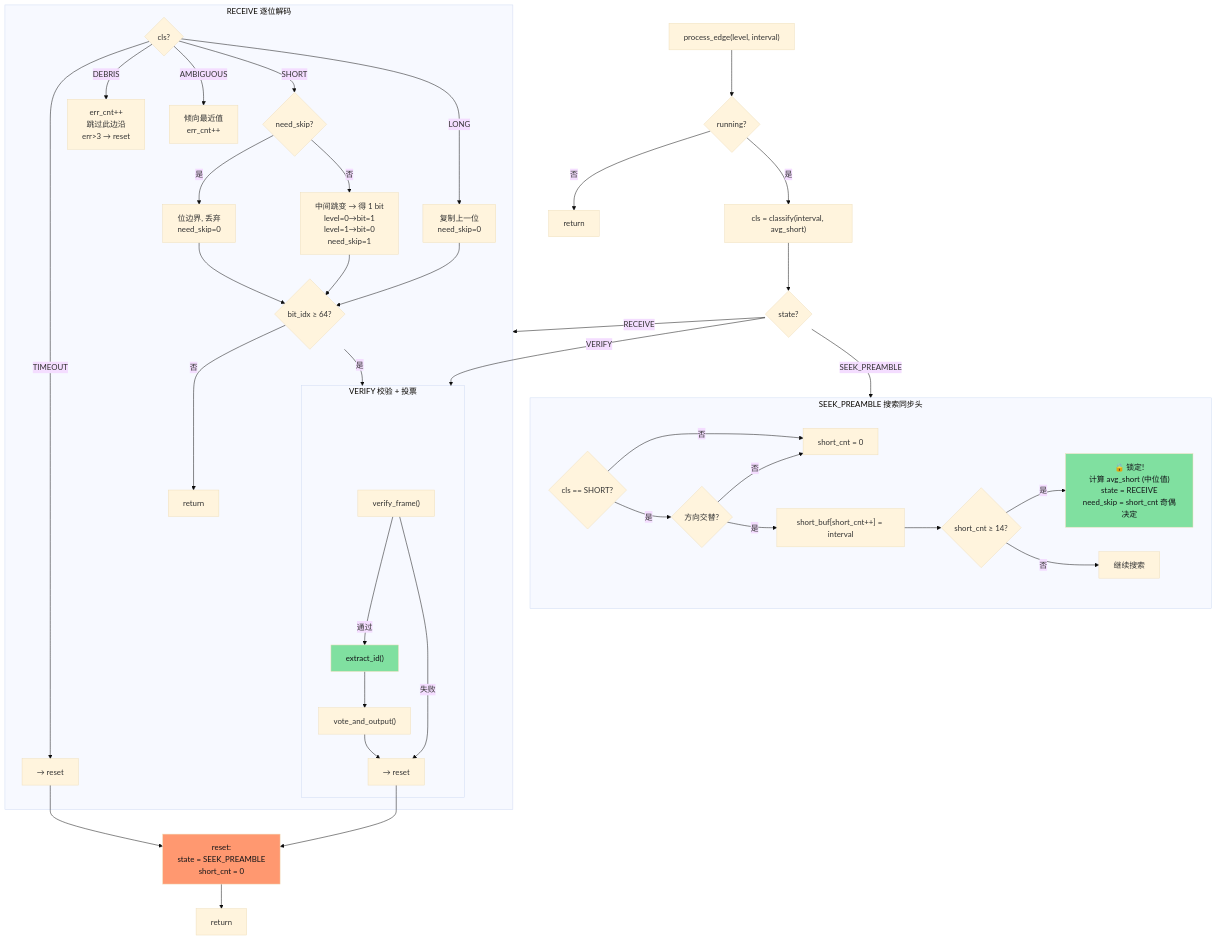
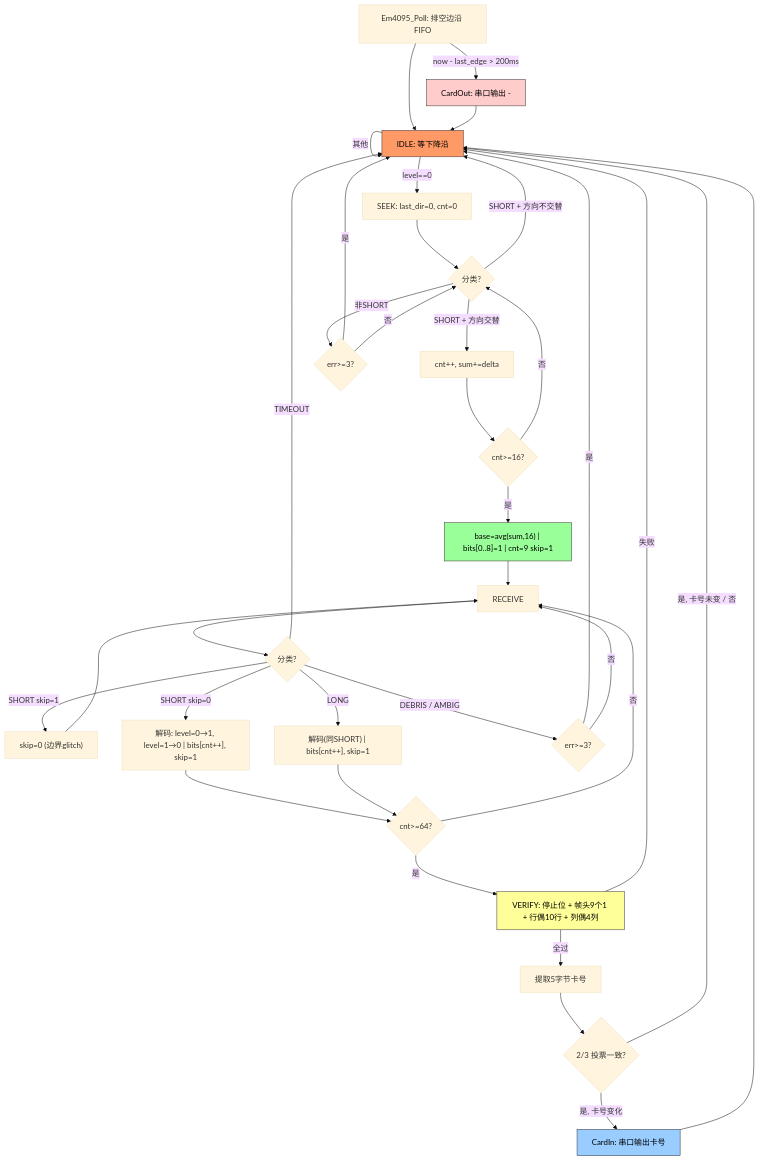
One commit to Siaiai/ObsidianNote changed the sixth of 7 diagrams in 输出/SR3读卡器/EM4095详解.md. Above: the diagram before and after it, drawn with Mermaid (base theme). The commit also changed other lines of this file and 1 other file, not shown here.

````diff
--- a/输出/SR3读卡器/EM4095详解.md
+++ b/输出/SR3读卡器/EM4095详解.md
@@ -864,125 +171,59 @@
 ```mermaid
+flowchart TD
+    POLL[Em4095_Poll: 排空边沿 FIFO]
 
-flowchart TD
+    POLL --> IDLE
 
-    ENTRY["process_edge(level, interval)"] --> RUN{"running?"}
+    IDLE["IDLE: 等下降沿"]
+    IDLE -->|"level==0"| SEEK["SEEK: last_dir=0, cnt=0"]
+    IDLE -->|"其他"| IDLE
 
-    RUN -->|否| EXIT["return"]
+    SEEK --> S_EDGE{"分类?"}
+    S_EDGE -->|"SHORT + 方向交替"| S_CNT["cnt++, sum+=delta"]
+    S_EDGE -->|"SHORT + 方向不交替"| IDLE
+    S_EDGE -->|"非SHORT"| S_ERR{"err>=3?"}
+    S_ERR -->|"是"| IDLE
+    S_ERR -->|"否"| S_EDGE
 
-    RUN -->|是| CLS["cls = classify(interval, avg_short)"]
+    S_CNT --> S_CHK{"cnt>=16?"}
+    S_CHK -->|"否"| S_EDGE
+    S_CHK -->|"是"| S_LOCK["base=avg(sum,16) | bits[0..8]=1 | cnt=9 skip=1"]
 
-  
+    S_LOCK --> RECV
 
-    CLS --> SW{"state?"}
+    RECV["RECEIVE"] --> R_EDGE{"分类?"}
 
-  
+    R_EDGE -->|"SHORT skip=1"| R_SKIP["skip=0 (边界glitch)"]
+    R_SKIP --> RECV
 
-    SW -->|"SEEK_PREAMBLE"| SP
+    R_EDGE -->|"SHORT skip=0"| R_BIT["解码: level=0→1, level=1→0 | bits[cnt++], skip=1"]
+    R_EDGE -->|"LONG"| R_LONG["解码(同SHORT) | bits[cnt++], skip=1"]
+    R_EDGE -->|"TIMEOUT"| IDLE
+    R_EDGE -->|"DEBRIS / AMBIG"| R_ERR{"err>=3?"}
+    R_ERR -->|"是"| IDLE
+    R_ERR -->|"否"| RECV
 
-  
+    R_BIT --> R_CHK{"cnt>=64?"}
+    R_LONG --> R_CHK
+    R_CHK -->|"否"| RECV
+    R_CHK -->|"是"| VERIFY
 
-    subgraph SP["SEEK_PREAMBLE 搜索同步头"]
+    VERIFY["VERIFY: 停止位 + 帧头9个1 + 行偶10行 + 列偶4列"]
+    VERIFY -->|"全过"| EXTRACT["提取5字节卡号"]
+    VERIFY -->|"失败"| IDLE
 
-        S1{"cls == SHORT?"}
+    EXTRACT --> VOTE{"2/3 投票一致?"}
+    VOTE -->|"是, 卡号变化"| CARD_IN["CardIn: 串口输出卡号"]
+    VOTE -->|"是, 卡号未变 / 否"| IDLE
 
-        S1 -->|否| S2["short_cnt = 0"]
+    POLL -->|"now - last_edge > 200ms"| CARD_OUT["CardOut: 串口输出 -"]
 
-        S1 -->|是| S3{"方向交替?"}
+    CARD_IN --> IDLE
+    CARD_OUT --> IDLE
 
-        S3 -->|否| S2
-
-        S3 -->|是| S4["short_buf[short_cnt++] = interval"]
-
-        S4 --> S5{"short_cnt ≥ 14?"}
-
-        S5 -->|是| S6["🔒 锁定!\n计算 avg_short (中位值)\nstate = RECEIVE\nneed_skip = short_cnt 奇偶决定"]
-
-        S5 -->|否| S7["继续搜索"]
-
-    end
-
-  
-
-    SW -->|"RECEIVE"| RC
-
-  
-
-    subgraph RC["RECEIVE 逐位解码"]
-
-        R0{"cls?"}
-
-        R0 -->|"TIMEOUT"| R_RESET["→ reset"]
-
-        R0 -->|"DEBRIS"| R_DEB["err_cnt++\n跳过此边沿\nerr>3 → reset"]
-
-        R0 -->|"AMBIGUOUS"| R_AMB["倾向最近值\nerr_cnt++"]
-
-        R0 -->|"SHORT"| R_SH
-
-        R0 -->|"LONG"| R_LN
-
-  
-
-        R_SH{"need_skip?"}
-
-        R_SH -->|"是"| R_SKIP["位边界, 丢弃\nneed_skip=0"]
-
-        R_SH -->|"否"| R_BIT["中间跳变 → 得 1 bit\nlevel=0→bit=1\nlevel=1→bit=0\nneed_skip=1"]
-
-  
-
-        R_LN["复制上一位\nneed_skip=0"]
-
-  
-
-        R_BIT --> R_CHK{"bit_idx ≥ 64?"}
-
-        R_SKIP --> R_CHK
-
-        R_LN --> R_CHK
-
-        R_CHK -->|是| VRF["→ VERIFY"]
-
-        R_CHK -->|否| R_RET["return"]
-
-    end
-
-  
-
-    SW -->|"VERIFY"| VRF
-
-  
-
-    subgraph VRF["VERIFY 校验 + 投票"]
-
-        V1["verify_frame()"]
-
-        V1 -->|"通过"| V2["extract_id()"]
-
-        V2 --> V3["vote_and_output()"]
-
-        V1 -->|"失败"| V4["→ reset"]
-
-        V3 --> V4
-
-    end
-
-  
-
-    R_RESET --> RESET
-
-    V4 --> RESET
-
-  
-
-    RESET["reset:\nstate = SEEK_PREAMBLE\nshort_cnt = 0"] --> SP2["return"]
-
-  
-
-    style S6 fill:#80e0a0,color:#121418
-
-    style V2 fill:#80e0a0,color:#121418
-
-    style RESET fill:#ff9870,color:#121418
-
+    style IDLE fill:#f96,stroke:#333,color:#000
+    style S_LOCK fill:#9f9,stroke:#333,color:#000
+    style VERIFY fill:#ff9,stroke:#333,color:#000
+    style CARD_IN fill:#9cf,stroke:#333,color:#000
+    style CARD_OUT fill:#fcc,stroke:#333,color:#000
 ```
````
